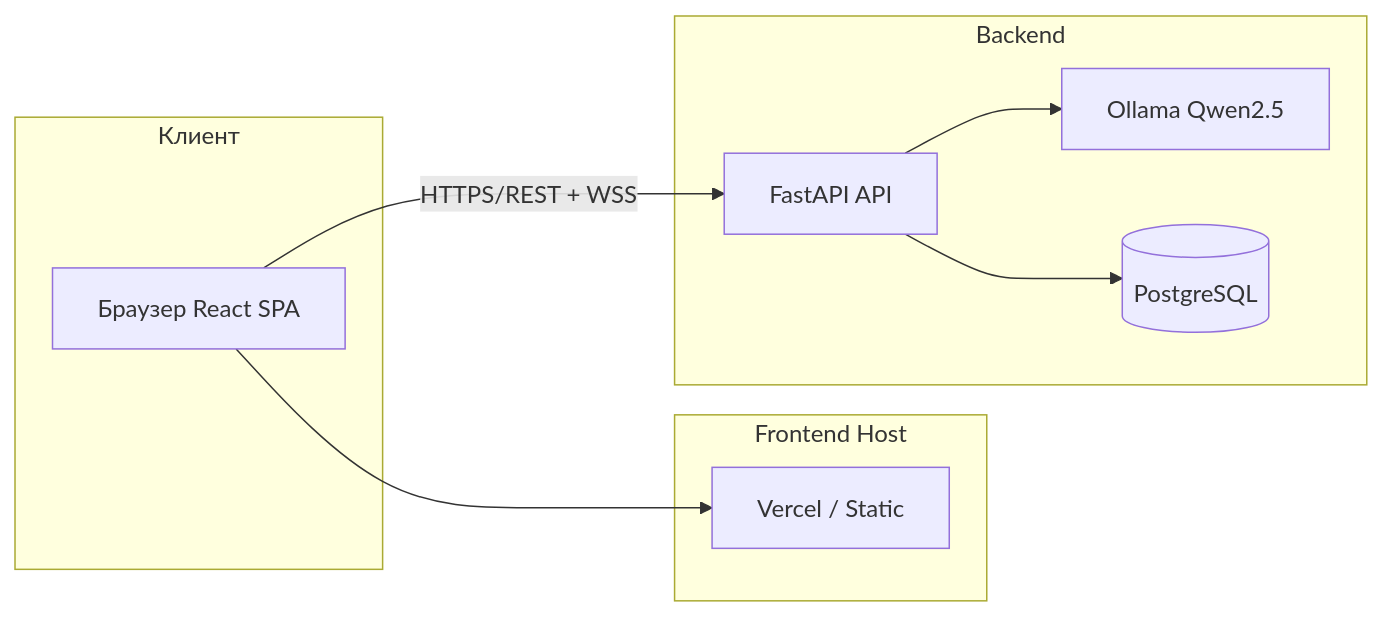
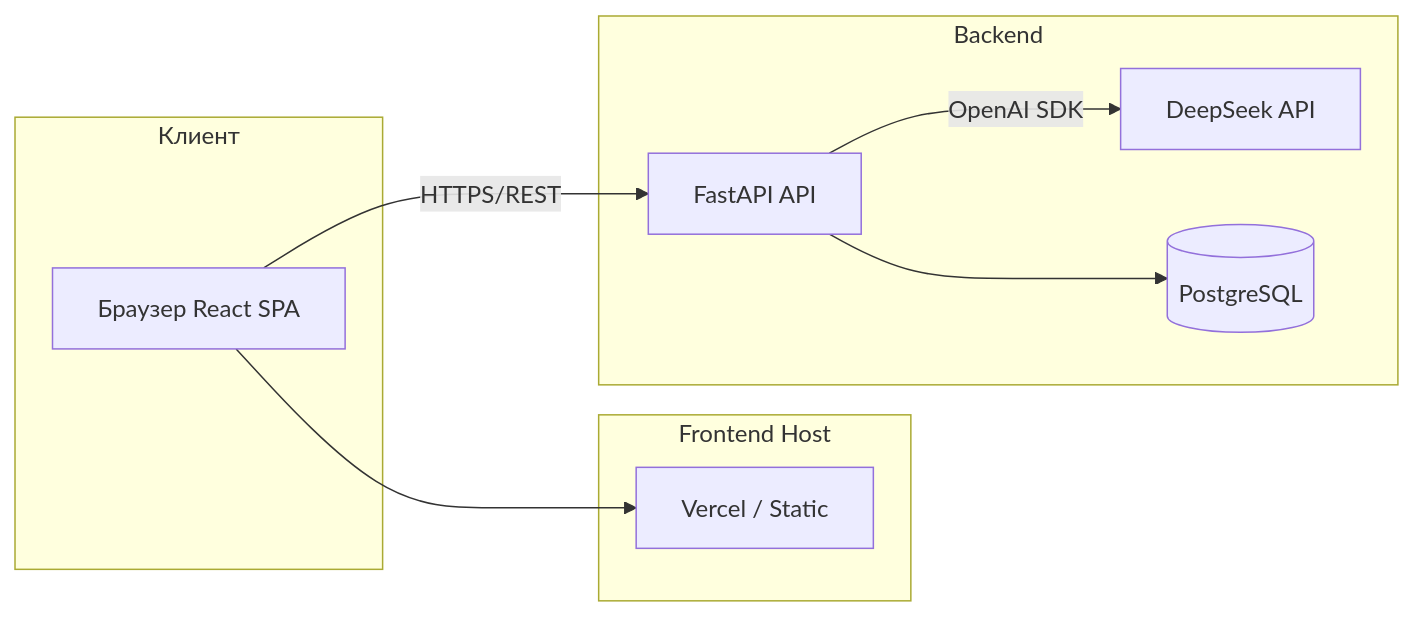
One commit to JuliaMatsievich/CarMatch changed the first of 3 diagrams in CarMatch_Implementation_Spec.md. Above: the diagram before and after it, drawn with Mermaid. The commit also changed other lines of this file and 79 other files, not shown here.

````diff
--- a/CarMatch_Implementation_Spec.md
+++ b/CarMatch_Implementation_Spec.md
@@ -50,18 +65,18 @@
 ```mermaid
 flowchart LR
     subgraph Client["Клиент"]
         Browser[Браузер React SPA]
     end
     subgraph Front["Frontend Host"]
         Vercel[Vercel / Static]
     end
     subgraph Back["Backend"]
         API[FastAPI API]
-        Ollama[Ollama Qwen2.5]
+        DeepSeek[DeepSeek API]
         DB[(PostgreSQL)]
     end
     Browser --> Vercel
-    Browser -->|HTTPS/REST + WSS| API
-    API --> Ollama
+    Browser -->|HTTPS/REST| API
+    API -->|OpenAI SDK| DeepSeek
     API --> DB
 ```
````
